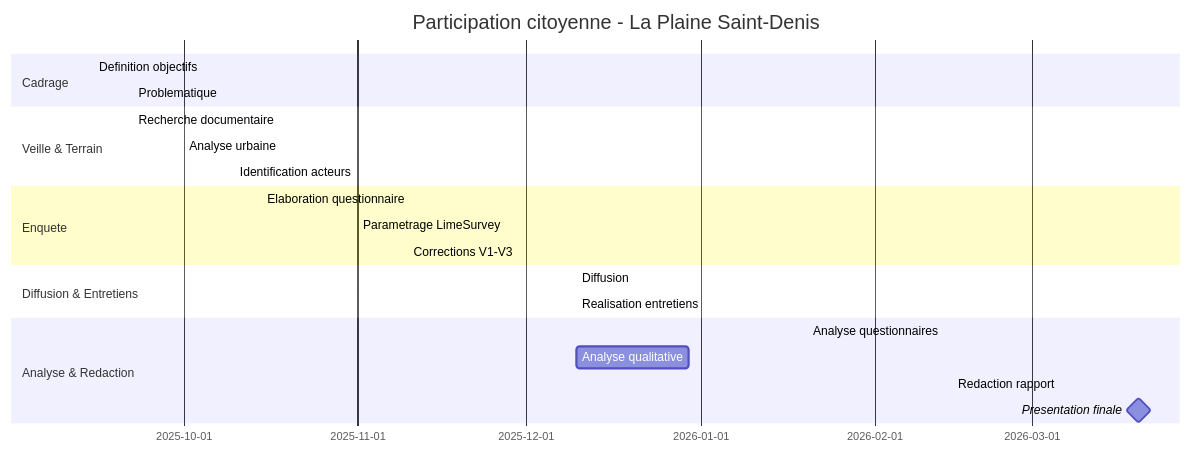
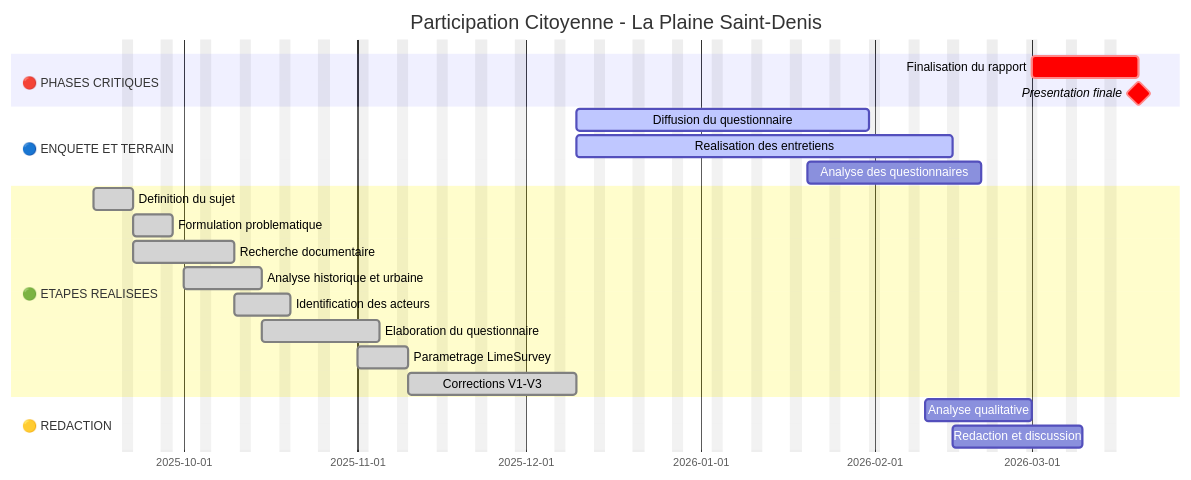
Before and after one commit to kahiarchi/LeBatiment_PlaineSaintDenis: the diagram in etatAvancement.md, drawn with Mermaid.

````diff
--- a/etatAvancement.md
+++ b/etatAvancement.md
@@ -1,30 +1,29 @@
 ```mermaid
 gantt
-    dateFormat  2026-01-29
-    title Participation citoyenne - La Plaine Saint-Denis
-    
+    dateFormat  YYYY-MM-DD
+    title Participation Citoyenne - La Plaine Saint-Denis
+    excludes weekends
 
-    section Cadrage
-    Definition objectifs           :done, t1, 2025-09-15, 2025-09-22
-    Problematique                  :done, t2, 2025-09-22, 2025-09-29
+    section 🔴 PHASES CRITIQUES
+    Finalisation du rapport          :crit, t19, 2026-03-01, 2026-03-20
+    Presentation finale              :crit, milestone, 2026-03-20, 0d
 
-    section Veille & Terrain
-    Recherche documentaire         :done, t3, 2025-09-22, 2025-10-10
-    Analyse urbaine                :done, t5, 2025-10-01, 2025-10-15
-    Identification acteurs         :done, t6, 2025-10-10, 2025-10-20
+    section 🔵 ENQUETE ET TERRAIN
+    Diffusion du questionnaire       :active, t12, 2025-12-10, 2026-01-31
+    Realisation des entretiens       :active, t15, 2025-12-10, 2026-02-15
+    Analyse des questionnaires       :t16, 2026-01-20, 2026-02-20
 
-    section Enquete
-    Elaboration questionnaire      :done, t7, 2025-10-15, 2025-11-05
-    Parametrage LimeSurvey         :done, t8, 2025-11-01, 2025-11-10
-    Corrections V1-V3              :done, t9, 2025-11-10, 2025-12-10
+    section 🟢 ETAPES REALISEES
+    Definition du sujet              :done, t1, 2025-09-15, 2025-09-22
+    Formulation problematique        :done, t2, 2025-09-22, 2025-09-29
+    Recherche documentaire           :done, t3, 2025-09-22, 2025-10-10
+    Analyse historique et urbaine    :done, t5, 2025-10-01, 2025-10-15
+    Identification des acteurs       :done, t6, 2025-10-10, 2025-10-20
+    Elaboration du questionnaire     :done, t7, 2025-10-15, 2025-11-05
+    Parametrage LimeSurvey           :done, t8, 2025-11-01, 2025-11-10
+    Corrections V1-V3                :done, t9, 2025-11-10, 2025-12-10
 
-    section Diffusion & Entretiens
-    Diffusion                      :active, t12, 2025-12-10, 2026-01-31
-    Realisation entretiens         :active, t15, 2025-12-10, 2026-02-15
-
-    section Analyse & Redaction
-    Analyse questionnaires         :t16, 2026-01-20, 2026-02-20
-    Analyse qualitative            :t17, after t15, 20d
-    Redaction rapport              :t18, 2026-02-15, 2026-03-10
-    Presentation finale            :milestone, t20, 2026-03-20, 0d
+    section 🟡 REDACTION
+    Analyse qualitative              :t17, 2026-02-10, 2026-03-01
+    Redaction et discussion          :t18, 2026-02-15, 2026-03-10
 ```
````
